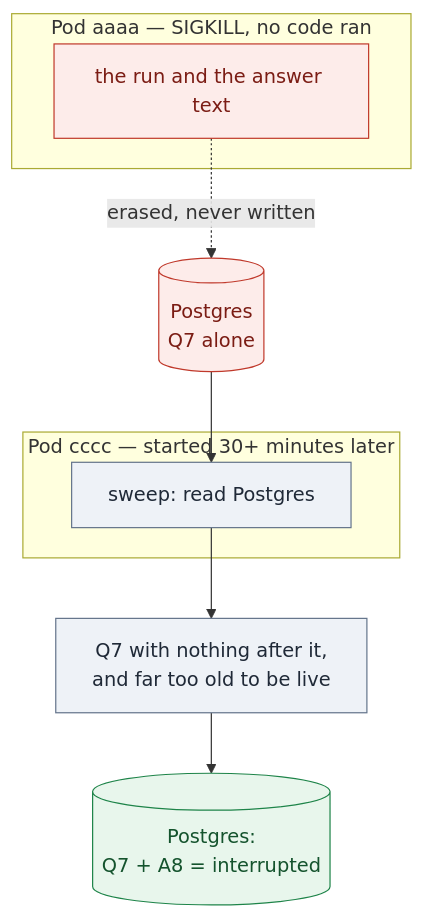
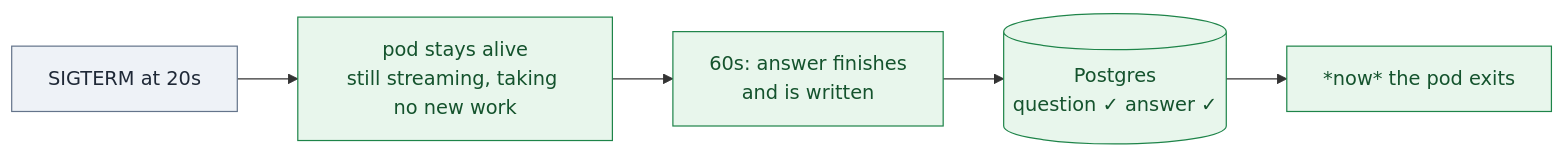
One commit to selvakumarperumal/Corporate_Filing_Analyzer_Agent changed the sixth of 19 diagrams in docs/TESTING-SCALING.md. Above: the diagram before and after it, drawn with Mermaid. The commit also changed other lines of this file, not shown here.

Commit message:
docs: streamline scaling test guide and consolidate architecture takeaways

````diff
--- a/docs/TESTING-SCALING.md
+++ b/docs/TESTING-SCALING.md
@@ -903,20 +697,11 @@
 ```mermaid
-flowchart TB
-  subgraph dead["Pod aaaa — SIGKILL, no code ran"]
-    R["the run and the answer text"]
-  end
-  R -.->|"erased, never written"| DB[("Postgres<br/>Q7 alone")]
-  subgraph fresh["Pod cccc — started 30+ minutes later"]
-    S["sweep: read Postgres"]
-  end
-  DB --> S
-  S --> W["Q7 with nothing after it,<br/>and far too old to be live"]
-  W --> DB2[("Postgres:<br/>Q7 + A8 = interrupted")]
+flowchart LR
+  S["SIGTERM at 20s"] --> W["pod stays alive<br/>still streaming, taking no new work"]
+  W --> F["60s: answer finishes<br/>and is written"]
+  F --> DB[("Postgres<br/>question ✓  answer ✓")]
+  DB --> X["*now* the pod exits"]
   classDef step fill:#eef2f7,stroke:#64748b,color:#1f2937
-  classDef bad fill:#fdecea,stroke:#c0392b,color:#7b1c14
   classDef good fill:#e8f6ec,stroke:#1e8449,color:#14532d
-  class R bad
-  class DB bad
-  class S,W step
-  class DB2 good
+  class S step
+  class W,F,DB,X good
 ```
````
